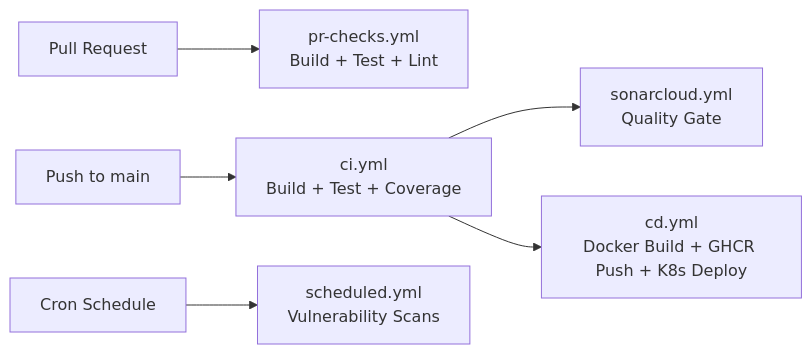
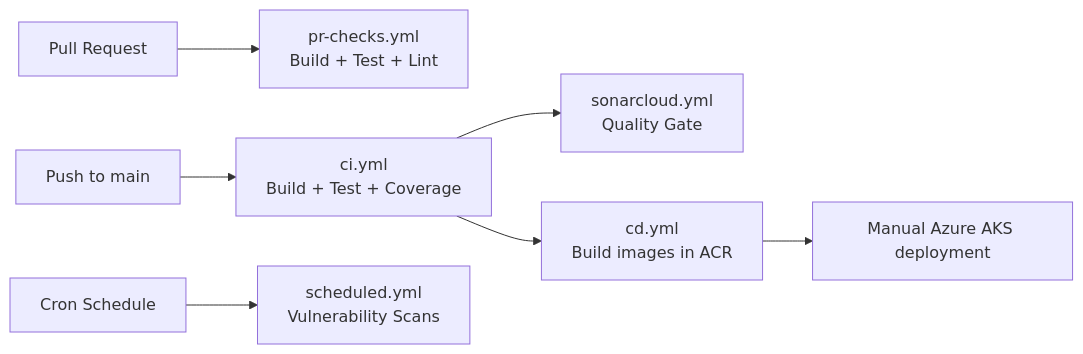
Before and after one commit to blanho/auction-platform-microservices: the eighth of 9 diagrams in README.md, drawn with Mermaid. The commit also changed other lines of this file, not shown here.

Commit message:
docs: align README with Azure deployment

````diff
--- a/README.md
+++ b/README.md
@@ -598,8 +575,9 @@
 ```mermaid
 graph LR
     PR["Pull Request"] --> PRC["pr-checks.yml<br/>Build + Test + Lint"]
     Push["Push to main"] --> CI["ci.yml<br/>Build + Test + Coverage"]
     CI --> SONAR["sonarcloud.yml<br/>Quality Gate"]
-    CI --> CD["cd.yml<br/>Docker Build + GHCR Push + K8s Deploy"]
+    CI --> CD["cd.yml<br/>Build images in ACR"]
+    CD --> DEPLOY["Manual Azure AKS deployment"]
     CRON["Cron Schedule"] --> SCHED["scheduled.yml<br/>Vulnerability Scans"]
 ```
````
